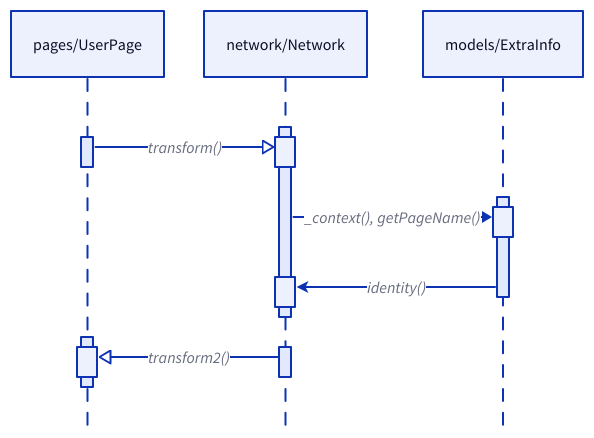
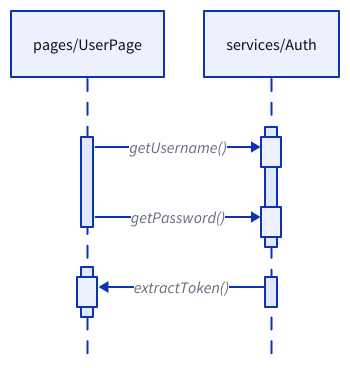
The diagram in junior-engineer-ts-flow/SKILL.md (sien75/GraphiCode-skills), drawn with D2 before and after one commit. The commit also changed other lines of this file and 2 other files, not shown here.

Commit message:
adjust flow md description

````diff
--- a/junior-engineer-ts-flow/SKILL.md
+++ b/junior-engineer-ts-flow/SKILL.md
@@ -71,31 +91,15 @@
 ```d2
 shape: sequence_diagram
 
 UserPage: pages/UserPage
-Network: network/Network
-ExtraInfo: models/ExtraInfo
+Auth: services/Auth
 
 # 0
-UserPage.onUserClick -> Network.triggerReq.id: transform() {
-  target-arrowhead: {
-    style.filled: false
-  }
-}
+UserPage.submit -> Auth.login.username: getUsername()
 
 # 1
-Network.triggerReq -> ExtraInfo.getToken.pageName: _context(), getPageName()
+UserPage.submit -> Auth.login.password: getPassword()
 
 # 2
-ExtraInfo.getToken -> Network.triggerReq.token: identity() {
-  target-arrowhead: {
-    shape: arrow
-  }
-}
-
-# 3
-Network.onRes -> UserPage.renderDOM.userInfo: transform2() {
-  target-arrowhead: {
-    style.filled: false
-  }
-}
+Auth.loginSuccess -> UserPage.render.token: extractToken()
 ```
````
